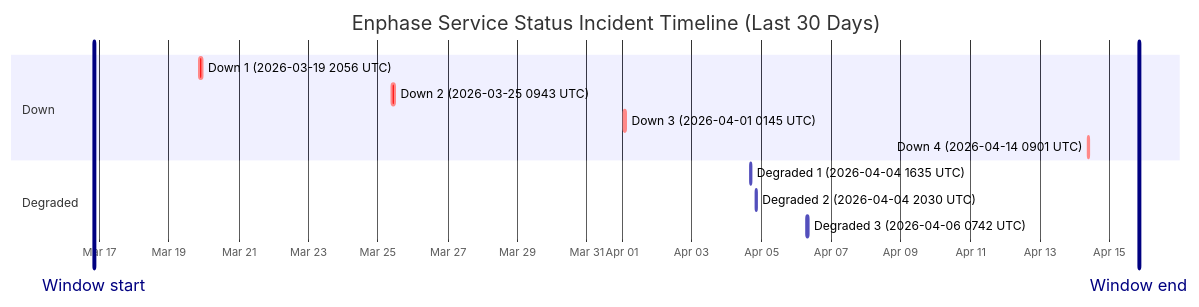
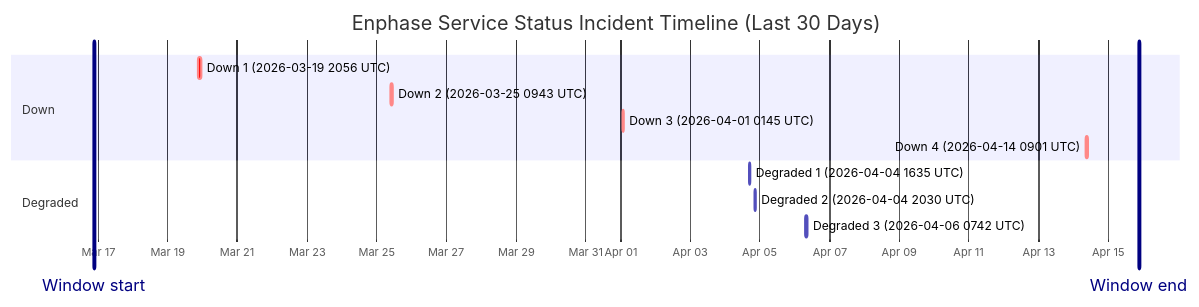
One commit to barneyonline/ha-enphase-ev-charger changed the diagram in wiki/Service-Status-History.md. Above: the diagram before and after it, drawn with Mermaid. The commit also changed other lines of this file and 3 other files, not shown here.

````diff
--- a/wiki/Service-Status-History.md
+++ b/wiki/Service-Status-History.md
@@ -14,17 +14,17 @@
 ```mermaid
 gantt
     title Enphase Service Status Incident Timeline (Last 30 Days)
     dateFormat  YYYY-MM-DDTHH:mm:ss
     axisFormat  %b %d
-    Window start :vert, window-start, 2026-03-16T20:14:13, 0ms
-    Window end :vert, window-end, 2026-04-15T20:14:13, 0ms
+    Window start :vert, window-start, 2026-03-16T21:13:44, 0ms
+    Window end :vert, window-end, 2026-04-15T21:13:44, 0ms
     section Down
     Down 1 (2026-03-19 2056 UTC) :crit, down-1, 2026-03-19T20:56:20, 145m
     Down 2 (2026-03-25 0943 UTC) :crit, down-2, 2026-03-25T09:43:28, 111m
     Down 3 (2026-04-01 0145 UTC) :crit, down-3, 2026-04-01T01:45:09, 60m
     Down 4 (2026-04-14 0901 UTC) :crit, down-4, 2026-04-14T09:01:13, 60m
     section Degraded
     Degraded 1 (2026-04-04 1635 UTC) :active, degraded-1, 2026-04-04T16:35:17, 60m
     Degraded 2 (2026-04-04 2030 UTC) :active, degraded-2, 2026-04-04T20:30:40, 60m
     Degraded 3 (2026-04-06 0742 UTC) :active, degraded-3, 2026-04-06T07:42:09, 85m
 ```
````
